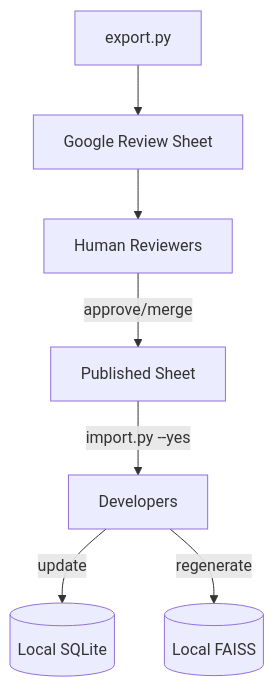
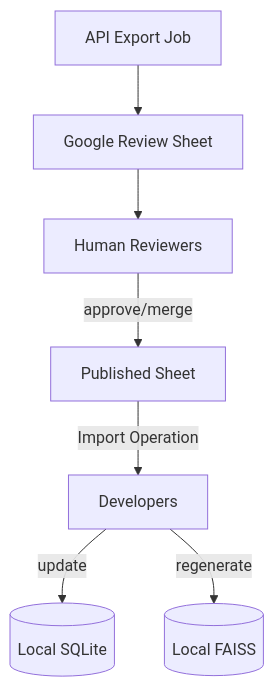
The fourth of 4 diagrams in doc/concept.md (tyouritsugun/curated-heuristic-loop), drawn with Mermaid before and after one commit. The commit also changed other lines of this file and 8 other files, not shown here.

````diff
--- a/doc/concept.md
+++ b/doc/concept.md
@@ -96,9 +96,9 @@
 ```mermaid
 flowchart TD
-    Exporter[export.py] --> ReviewSheet[Google Review Sheet]
+    Exporter[API Export Job] --> ReviewSheet[Google Review Sheet]
     ReviewSheet --> Reviewers[Human Reviewers]
     Reviewers -->|approve/merge| Published[Published Sheet]
-    Published -->|import.py --yes| DevClients[Developers]
+    Published -->|Import Operation| DevClients[Developers]
     DevClients -->|update| SQLiteLocal[(Local SQLite)]
     DevClients -->|regenerate| FAISSLocal[(Local FAISS)]
 ```
````
